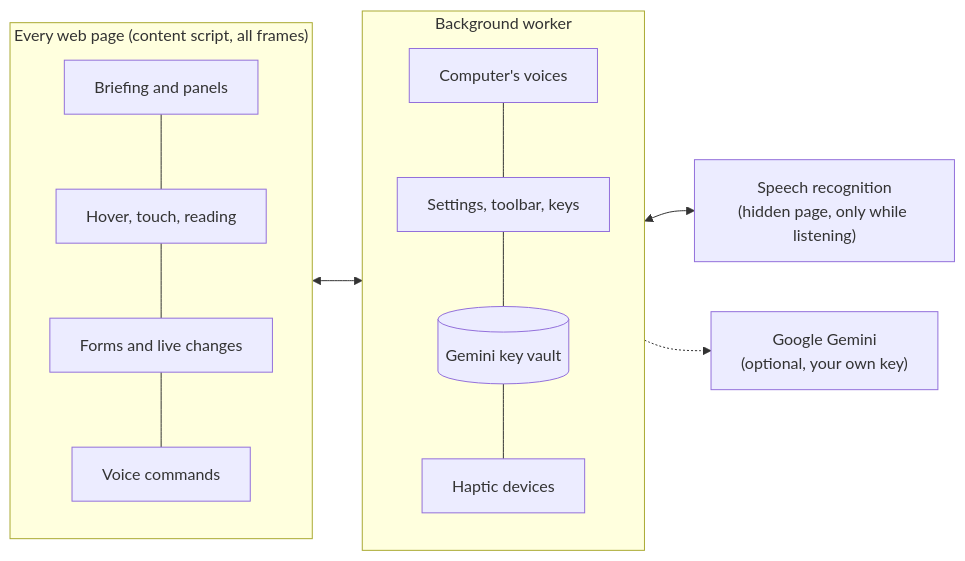
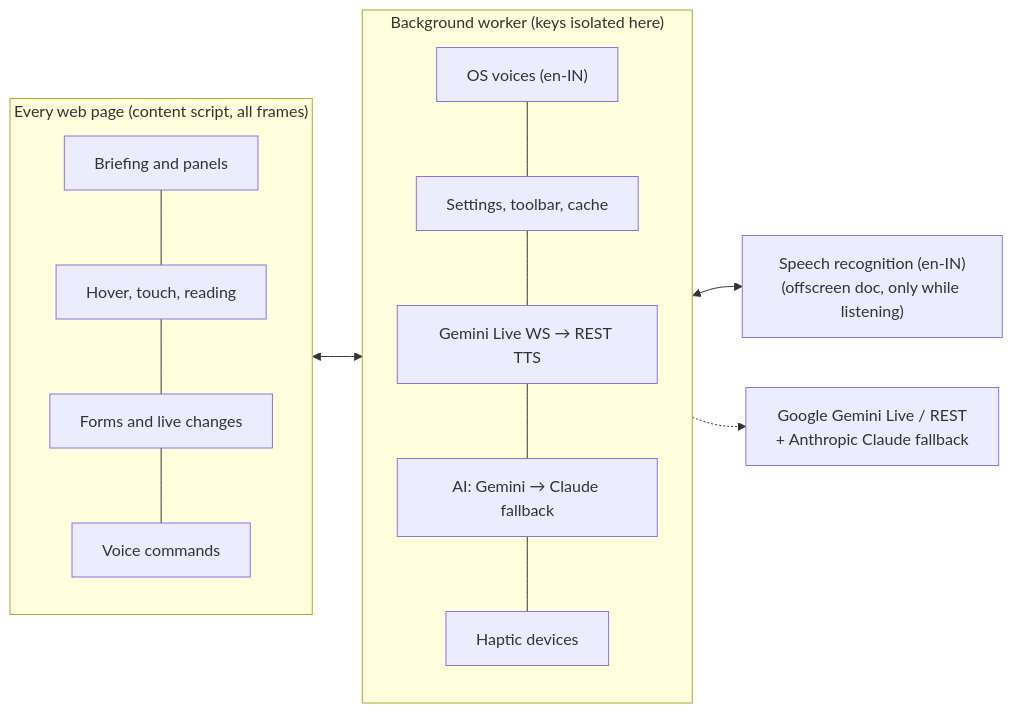
The diagram in README.md (srksourabh/ibrowse), drawn with Mermaid before and after one commit. The commit also changed other lines of this file and 1 other file, not shown here.

````diff
--- a/README.md
+++ b/README.md
@@ -198,18 +208,19 @@
 ```mermaid
 flowchart LR
   subgraph Page["Every web page (content script, all frames)"]
     B[Briefing and panels] --- H[Hover, touch, reading]
     H --- F[Forms and live changes]
     F --- V[Voice commands]
   end
-  subgraph Worker["Background worker"]
-    T[Computer's voices] --- S[Settings, toolbar, keys]
-    S --- K[(Gemini key vault)]
-    K --- D[Haptic devices]
+  subgraph Worker["Background worker (keys isolated here)"]
+    T["OS voices (en-IN)"] --- S[Settings, toolbar, cache]
+    S --- L["Gemini Live WS → REST TTS"]
+    L --- A["AI: Gemini → Claude fallback"]
+    A --- D[Haptic devices]
   end
-  O["Speech recognition<br/>(hidden page, only while listening)"]
-  G["Google Gemini<br/>(optional, your own key)"]
+  O["Speech recognition (en-IN)<br/>(offscreen doc, only while listening)"]
+  G["Google Gemini Live / REST<br/>+ Anthropic Claude fallback"]
   Page <--> Worker
   Worker <--> O
   Worker -.-> G
 ```
````
